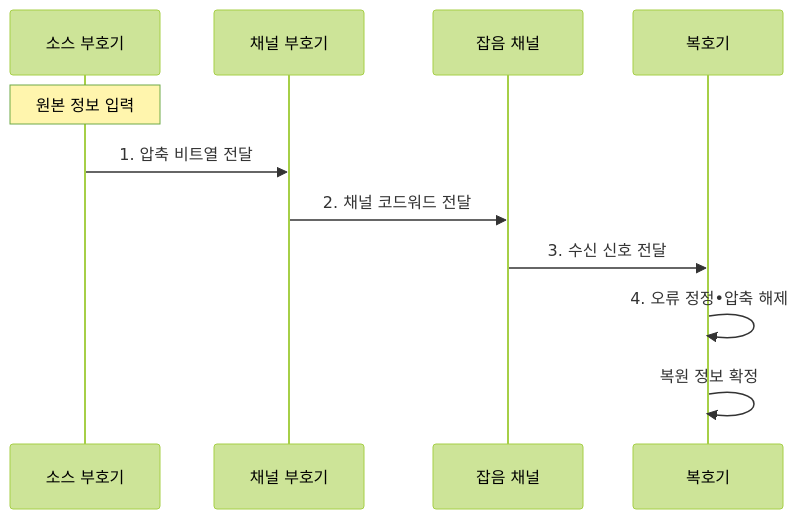
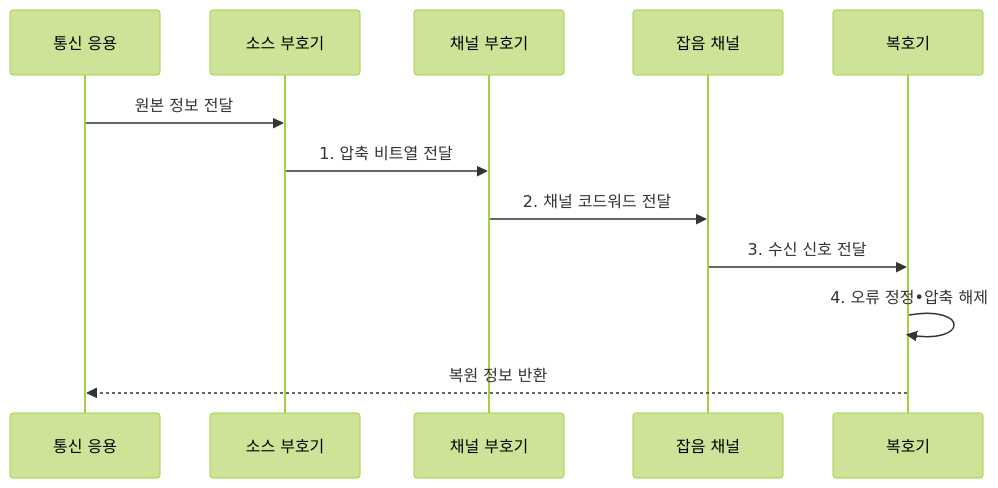
One commit to agnusdei1207/knowledge-base changed the second of 2 diagrams in src/content/docs/notes/01-basic-theory/029_information_theory.md. Above: the diagram before and after it, drawn with Mermaid (forest theme). The commit also changed other lines of this file and 12 other files, not shown here.

````diff
--- a/src/content/docs/notes/01-basic-theory/029_information_theory.md
+++ b/src/content/docs/notes/01-basic-theory/029_information_theory.md
@@ -102,13 +102,14 @@
 ```mermaid
 sequenceDiagram
+    participant Q as 통신 응용
     participant SE as 소스 부호기
     participant CE as 채널 부호기
     participant CH as 잡음 채널
     participant DE as 복호기
-    Note over SE: 원본 정보 입력
+    Q->>SE: 원본 정보 전달
     SE->>CE: 1. 압축 비트열 전달
     CE->>CH: 2. 채널 코드워드 전달
     CH->>DE: 3. 수신 신호 전달
     DE->>DE: 4. 오류 정정•압축 해제
-    DE->>DE: 복원 정보 확정
+    DE-->>Q: 복원 정보 반환
 ```
````
